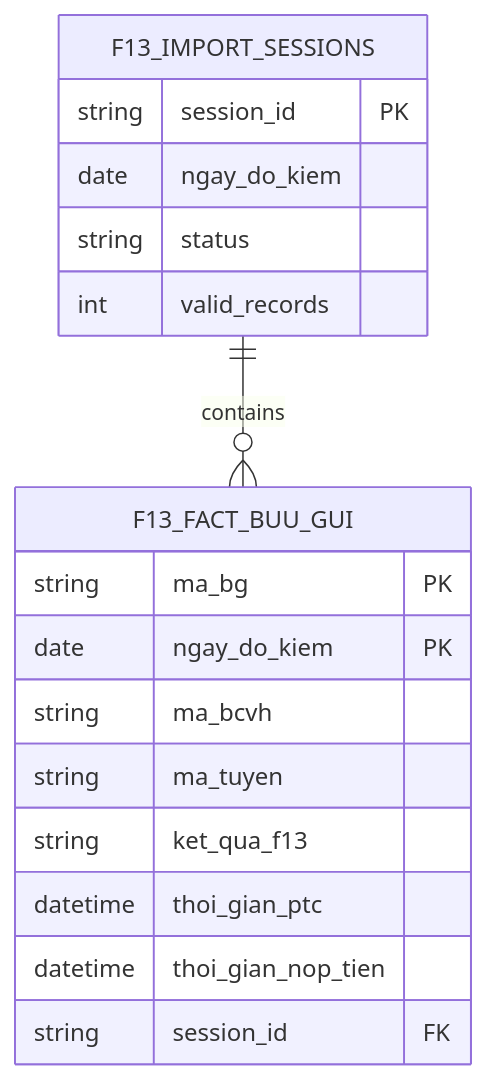
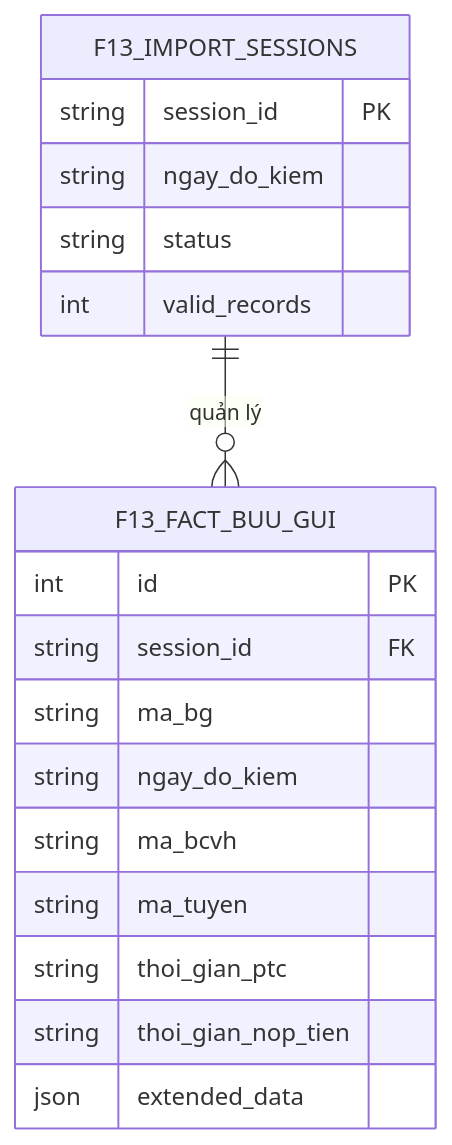
The diagram in docs/DATABASE_DESIGN_v1.0.md (tntTan2292/TTVH-DHCL), drawn with Mermaid before and after one commit. The commit also changed other lines of this file, not shown here.

Commit message:
docs: HOTFIX A4.1 - Database Architecture Audit Updates

````diff
--- a/docs/DATABASE_DESIGN_v1.0.md
+++ b/docs/DATABASE_DESIGN_v1.0.md
@@ -55,22 +53,23 @@
 ```mermaid
 erDiagram
     F13_IMPORT_SESSIONS {
         string session_id PK
-        date ngay_do_kiem
+        string ngay_do_kiem
         string status
         int valid_records
     }
     
     F13_FACT_BUU_GUI {
-        string ma_bg PK
-        date ngay_do_kiem PK
+        int id PK
+        string session_id FK
+        string ma_bg
+        string ngay_do_kiem
         string ma_bcvh
         string ma_tuyen
-        string ket_qua_f13
-        datetime thoi_gian_ptc
-        datetime thoi_gian_nop_tien
-        string session_id FK
+        string thoi_gian_ptc
+        string thoi_gian_nop_tien
+        json extended_data
     }
 
-    F13_IMPORT_SESSIONS ||--o{ F13_FACT_BUU_GUI : "contains"
+    F13_IMPORT_SESSIONS ||--o{ F13_FACT_BUU_GUI : "quản lý"
 ```
````
